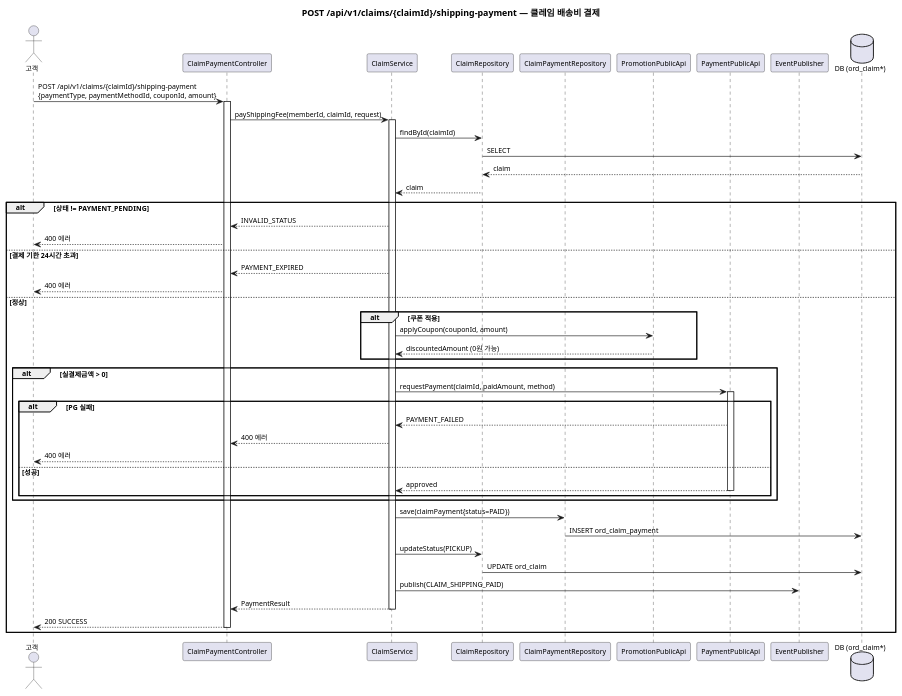
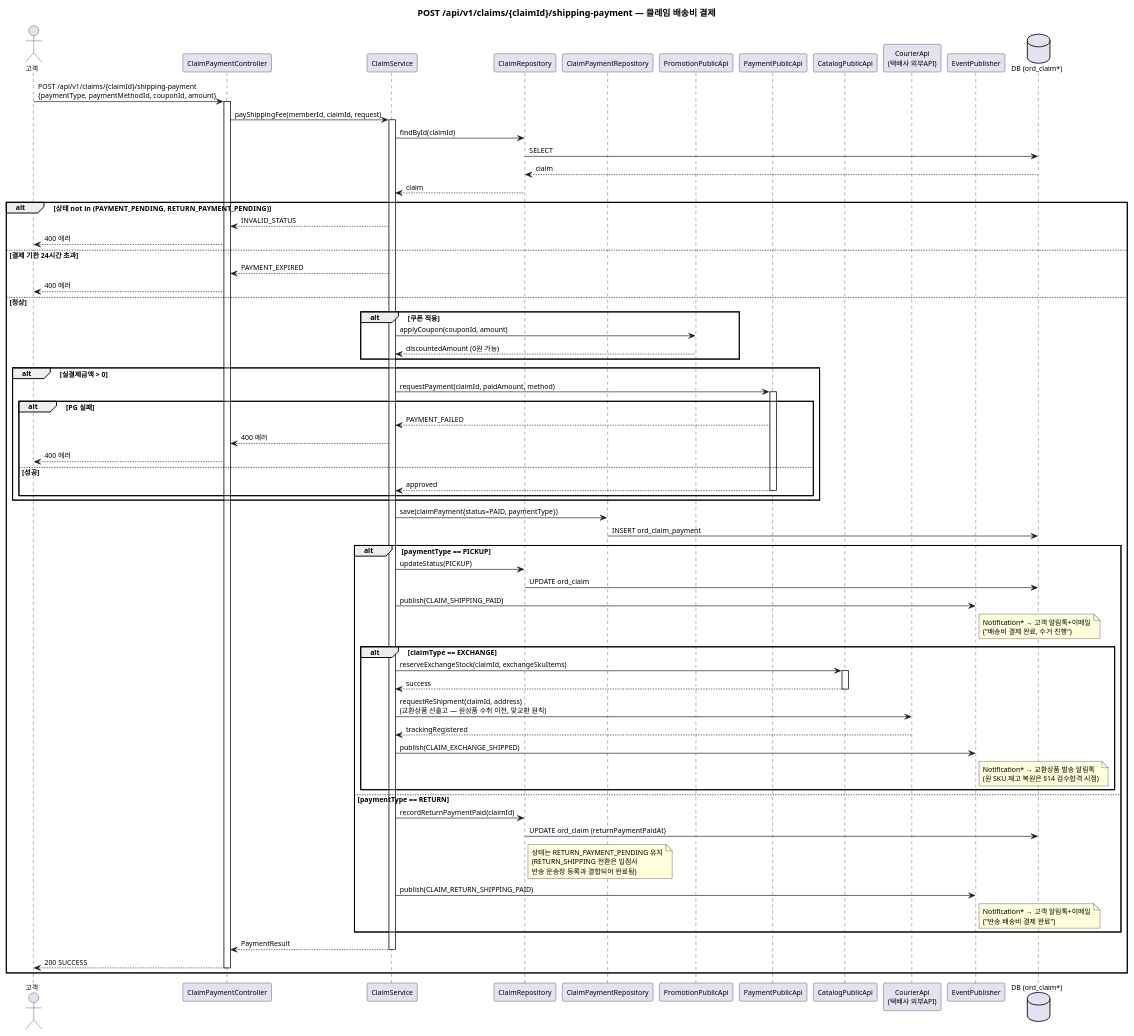
One commit to parknahyun/runNShop changed diagram 12 of 21 in docs/자산화-단계별/S3-상세설계/16-시퀀스(Order-Payment).md. Above: the diagram before and after it, drawn with PlantUML. The commit also changed other lines of this file and 18 other files, not shown here.

```diff
--- a/docs/자산화-단계별/S3-상세설계/16-시퀀스(Order-Payment).md
+++ b/docs/자산화-단계별/S3-상세설계/16-시퀀스(Order-Payment).md
@@ -589,6 +597,8 @@
 participant "ClaimPaymentRepository" as CPR
 participant "PromotionPublicApi" as PROMO
 participant "PaymentPublicApi" as PAY
+participant "CatalogPublicApi" as CAT
+participant "CourierApi\n(택배사 외부API)" as Courier
 participant "EventPublisher" as EP
 database "DB (ord_claim*)" as DB
 
@@ -603,7 +613,7 @@
 DB --> CR : claim
 CR --> CS : claim
 
-alt 상태 != PAYMENT_PENDING
+alt 상태 not in (PAYMENT_PENDING, RETURN_PAYMENT_PENDING)
   CS --> CPC : INVALID_STATUS
   CPC --> Client : 400 에러
 else 결제 기한 24시간 초과
@@ -629,12 +639,36 @@
     end
   end
 
-  CS -> CPR : save(claimPayment{status=PAID})
+  CS -> CPR : save(claimPayment{status=PAID, paymentType})
   CPR -> DB : INSERT ord_claim_payment
-  CS -> CR : updateStatus(PICKUP)
-  CR -> DB : UPDATE ord_claim
 
-  CS -> EP : publish(CLAIM_SHIPPING_PAID)
+  alt paymentType == PICKUP
+    CS -> CR : updateStatus(PICKUP)
+    CR -> DB : UPDATE ord_claim
+
+    CS -> EP : publish(CLAIM_SHIPPING_PAID)
+    note right of EP: Notification* → 고객 알림톡+이메일\n("배송비 결제 완료, 수거 진행")
+
+    alt claimType == EXCHANGE
+      CS -> CAT : reserveExchangeStock(claimId, exchangeSkuItems)
+      activate CAT
+      CAT --> CS : success
+      deactivate CAT
+
+      CS -> Courier : requestReShipment(claimId, address)\n(교환상품 선출고 — 원상품 수취 이전, 맞교환 원칙)
+      Courier --> CS : trackingRegistered
+
+      CS -> EP : publish(CLAIM_EXCHANGE_SHIPPED)
+      note right of EP: Notification* → 교환상품 발송 알림톡\n(원 SKU 재고 복원은 §14 검수합격 시점)
+    end
+  else paymentType == RETURN
+    CS -> CR : recordReturnPaymentPaid(claimId)
+    CR -> DB : UPDATE ord_claim (returnPaymentPaidAt)
+    note right of CR: 상태는 RETURN_PAYMENT_PENDING 유지\n(RETURN_SHIPPING 전환은 입점사\n반송 운송장 등록과 결합되어 완료됨)
+
+    CS -> EP : publish(CLAIM_RETURN_SHIPPING_PAID)
+    note right of EP: Notification* → 고객 알림톡+이메일\n("반송 배송비 결제 완료")
+  end
 
   CS --> CPC : PaymentResult
   deactivate CS
```
